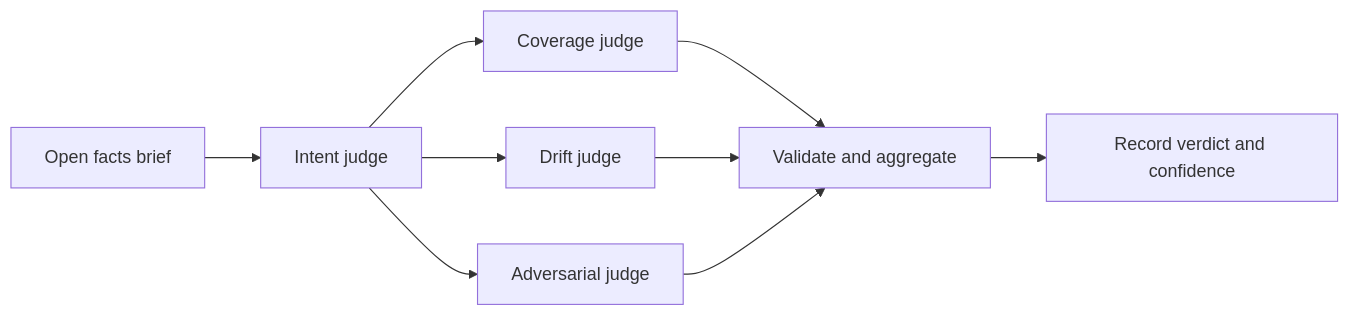
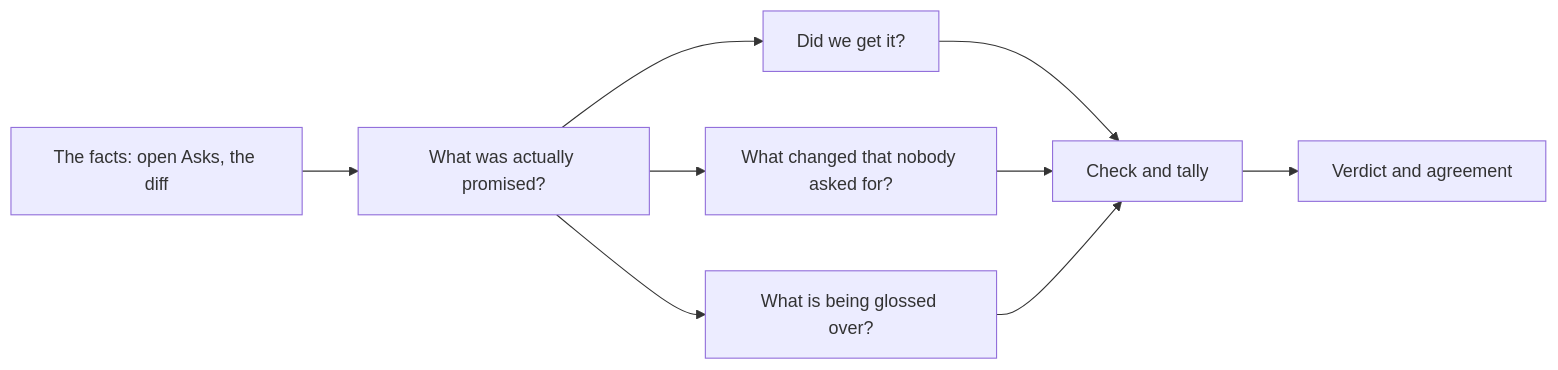
One commit to fab7hq/ringframe changed the diagram in docs/commands/eval.md. Above: the diagram before and after it, drawn with Mermaid. The commit also changed other lines of this file and 10 other files, not shown here.

````diff
--- a/docs/commands/eval.md
+++ b/docs/commands/eval.md
@@ -10,11 +9,11 @@
 ```mermaid
 flowchart LR
-    O[Open facts brief] --> I[Intent judge]
-    I --> C[Coverage judge]
-    I --> D[Drift judge]
-    I --> A[Adversarial judge]
-    C --> V[Validate and aggregate]
+    O[The facts: open Asks, the diff] --> I[What was actually promised?]
+    I --> C[Did we get it?]
+    I --> D[What changed that nobody asked for?]
+    I --> A[What is being glossed over?]
+    C --> V[Check and tally]
     D --> V
     A --> V
-    V --> R[Record verdict and confidence]
+    V --> R[Verdict and agreement]
 ```
````
